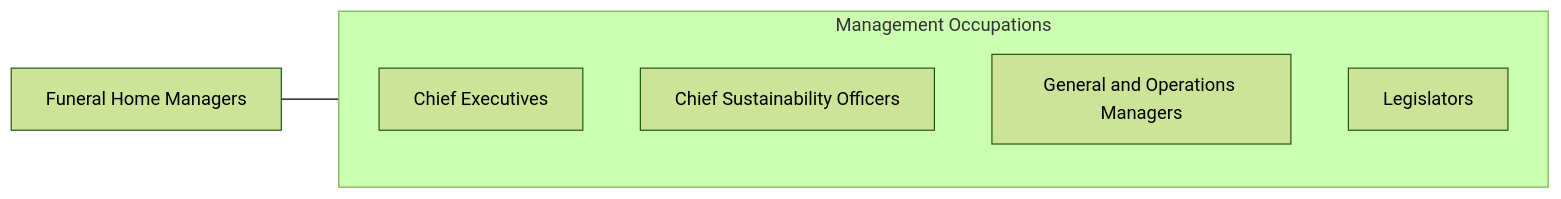
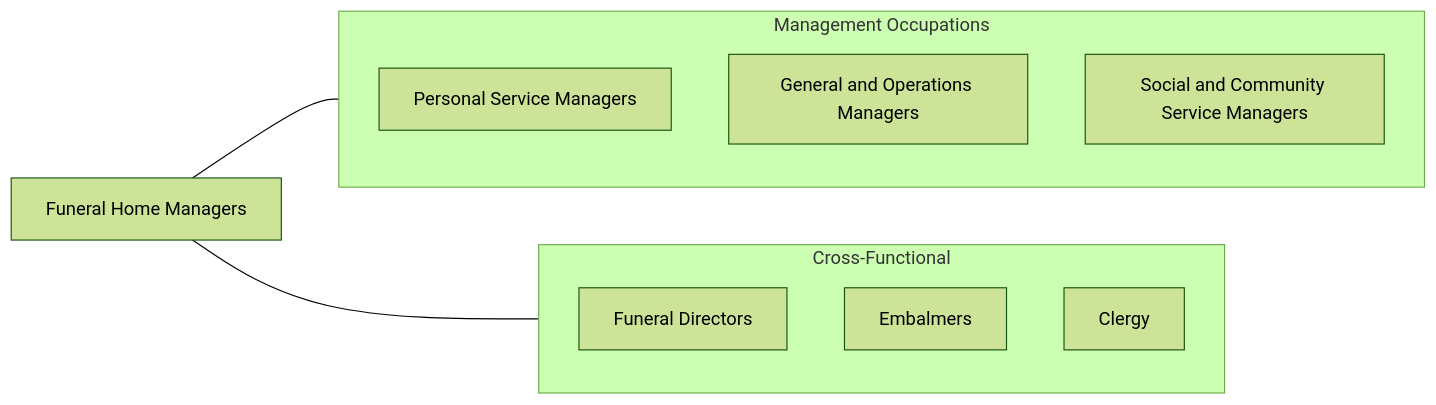
Before and after one commit to kziemski/business.org.ai: the fourth of 4 diagrams in occupations/Management/FuneralHomeManagers.mdx, drawn with Mermaid (forest theme). The commit also changed other lines of this file and 938 other files, not shown here.

````diff
--- a/occupations/Management/FuneralHomeManagers.mdx
+++ b/occupations/Management/FuneralHomeManagers.mdx
@@ -117,13 +168,19 @@
 ```mermaid
 graph LR
-    Current["Funeral Home Managers"]
+    FHM["Funeral Home Managers"]
 
     subgraph SameCategory["Management Occupations"]
-        ChiefExecutives["Chief Executives"]
-        ChiefSustainabilityO["Chief Sustainability Officers"]
-        GeneralAndOperations["General and Operations Managers"]
-        Legislators["Legislators"]
+        PSM["Personal Service Managers"]
+        GOps["General and Operations Managers"]
+        SCS["Social and Community Service Managers"]
     end
 
-    Current --- SameCategory
+    subgraph CrossFunctional["Cross-Functional"]
+        FD["Funeral Directors"]
+        EMB["Embalmers"]
+        Clergy["Clergy"]
+    end
+
+    FHM --- SameCategory
+    FHM --- CrossFunctional
 ```
````
